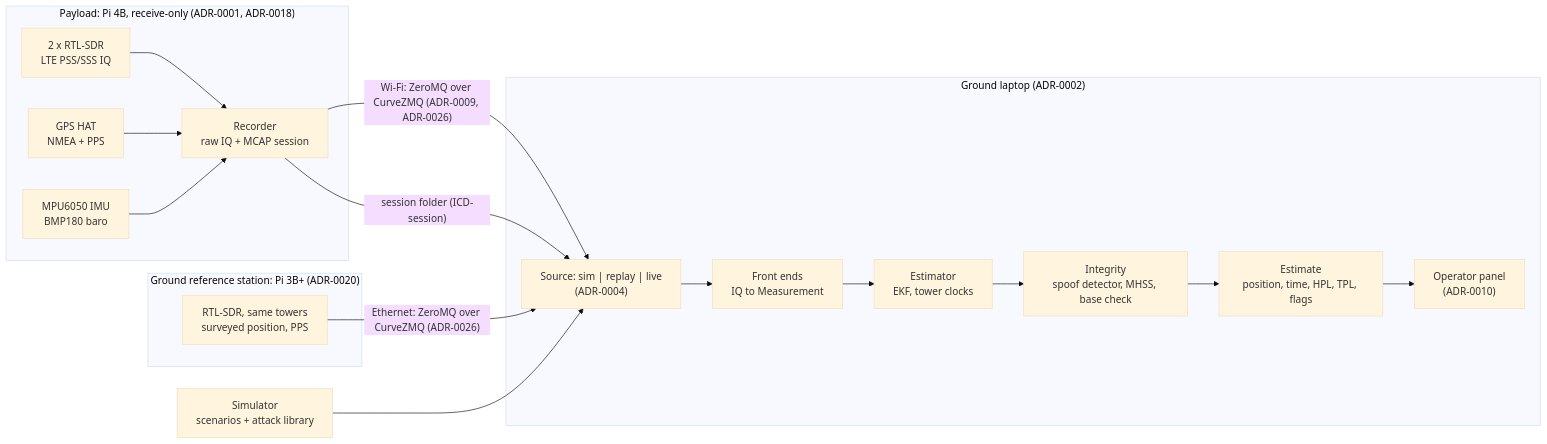
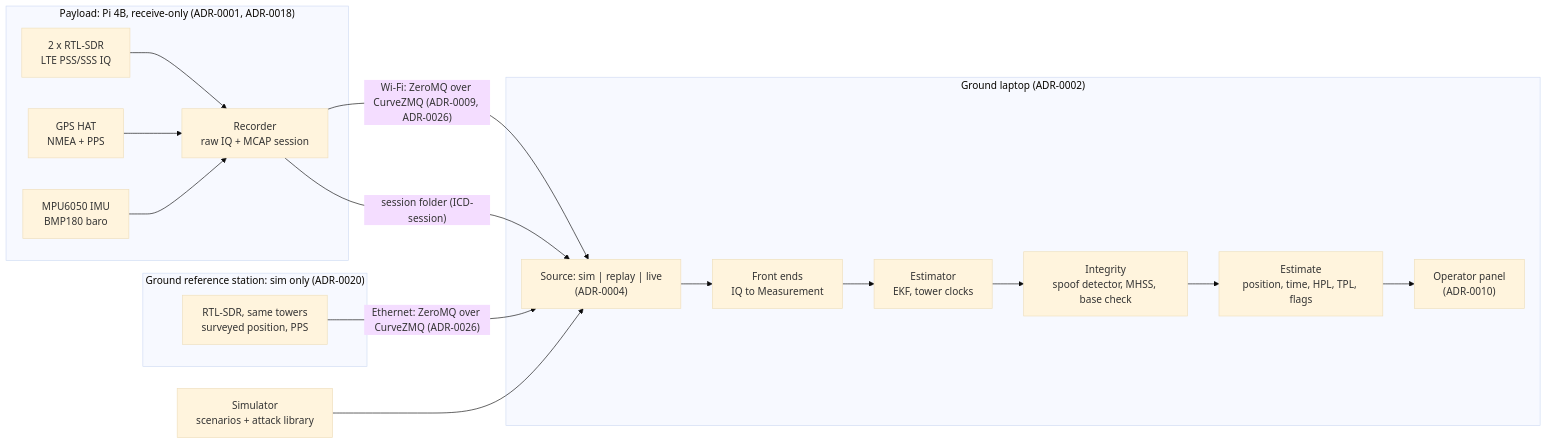
The diagram in systems/architecture.md (mdevstudentcu/SEAN), drawn with Mermaid (base theme) before and after one commit. The commit also changed other lines of this file and 8 other files, not shown here.

First line of the commit message:
docs(systems): keep the reference station sim-only and update the BOM

````diff
--- a/systems/architecture.md
+++ b/systems/architecture.md
@@ -26,28 +26,28 @@
 ```mermaid
 flowchart LR
   subgraph PAY["Payload: Pi 4B, receive-only (ADR-0001, ADR-0018)"]
     SDR["2 x RTL-SDR<br/>LTE PSS/SSS IQ"]
     GPS["GPS HAT<br/>NMEA + PPS"]
     SENS["MPU6050 IMU<br/>BMP180 baro"]
     REC["Recorder<br/>raw IQ + MCAP session"]
     SDR --> REC
     GPS --> REC
     SENS --> REC
   end
-  subgraph BASE["Ground reference station: Pi 3B+ (ADR-0020)"]
+  subgraph BASE["Ground reference station: sim only (ADR-0020)"]
     BSDR["RTL-SDR, same towers<br/>surveyed position, PPS"]
   end
   subgraph GND["Ground laptop (ADR-0002)"]
     SRC["Source: sim | replay | live<br/>(ADR-0004)"]
     FE["Front ends<br/>IQ to Measurement"]
     NAV["Estimator<br/>EKF, tower clocks"]
     INT["Integrity<br/>spoof detector, MHSS, base check"]
     OUT["Estimate<br/>position, time, HPL, TPL, flags"]
     DASH["Operator panel<br/>(ADR-0010)"]
     SRC --> FE --> NAV --> INT --> OUT --> DASH
   end
   REC -- "Wi-Fi: ZeroMQ over CurveZMQ (ADR-0009, ADR-0026)" --> SRC
   REC -- "session folder (ICD-session)" --> SRC
   BSDR -- "Ethernet: ZeroMQ over CurveZMQ (ADR-0026)" --> SRC
   SIM["Simulator<br/>scenarios + attack library"] --> SRC
 ```
````
